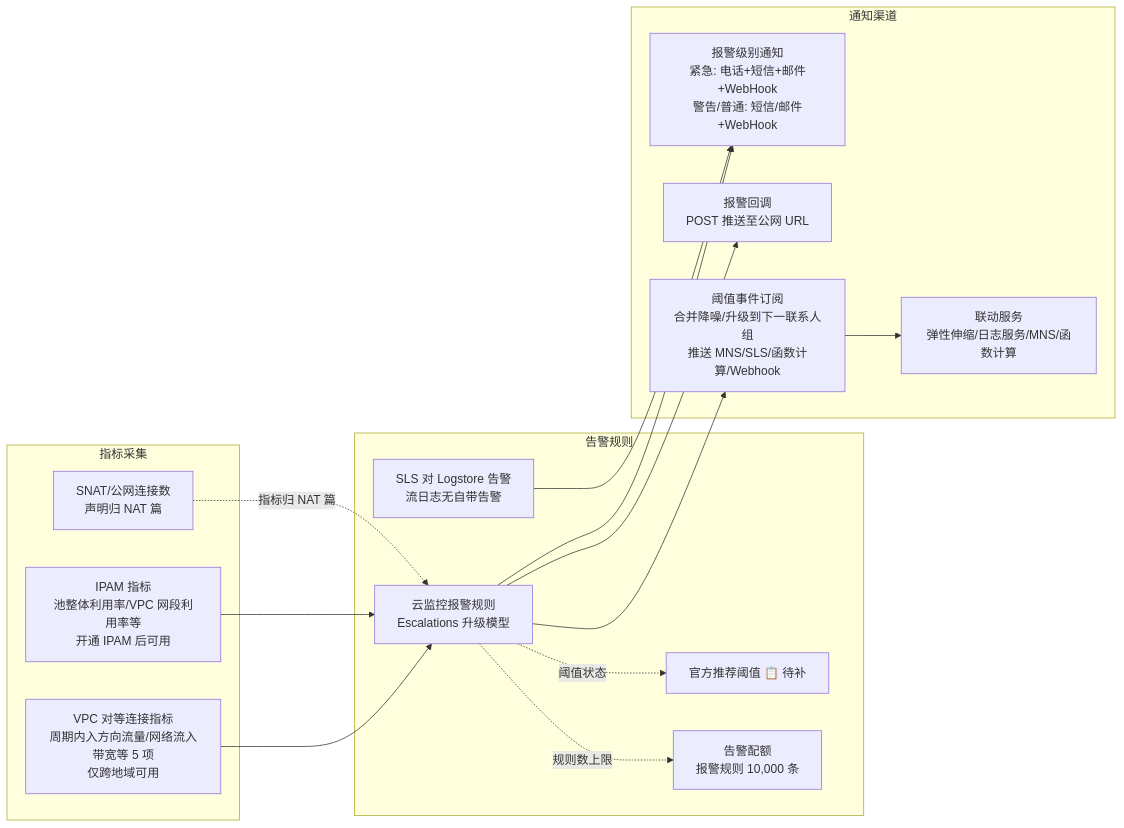
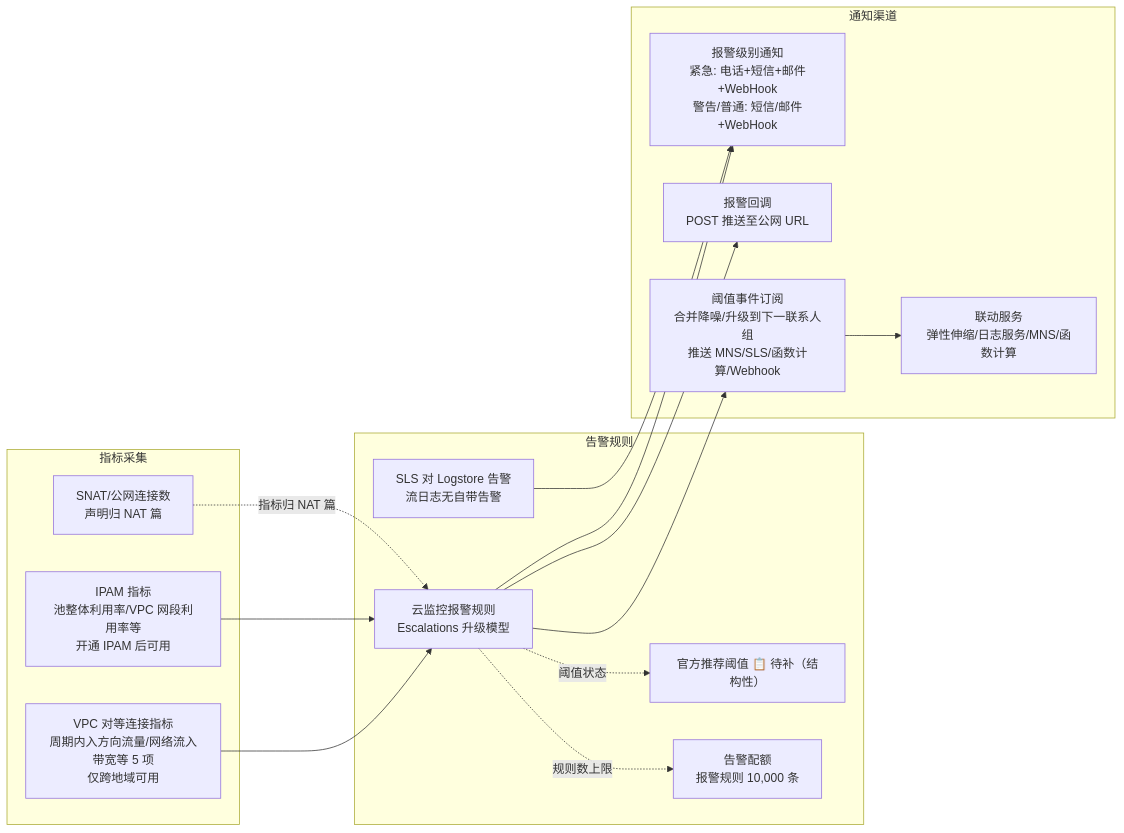
One commit to kudig-io/checky changed the diagram in products/vpc/09-监控与告警.md. Above: the diagram before and after it, drawn with Mermaid. The commit also changed other lines of this file and 103 other files, not shown here.

````diff
--- a/products/vpc/09-监控与告警.md
+++ b/products/vpc/09-监控与告警.md
@@ -7,30 +7,30 @@
 ```mermaid
 flowchart LR
   subgraph G1[指标采集]
     A1[VPC 对等连接指标<br/>周期内入方向流量/网络流入带宽等 5 项<br/>仅跨地域可用]
     A2[IPAM 指标<br/>池整体利用率/VPC 网段利用率等<br/>开通 IPAM 后可用]
     A3[SNAT/公网连接数<br/>声明归 NAT 篇]
   end
   subgraph G2[告警规则]
     B1[云监控报警规则<br/>Escalations 升级模型]
-    B2[官方推荐阈值 📋 待补]
+    B2[官方推荐阈值 📋 待补（结构性）]
     B3[SLS 对 Logstore 告警<br/>流日志无自带告警]
     B4[告警配额<br/>报警规则 10,000 条]
   end
   subgraph G3[通知渠道]
     C1[报警级别通知<br/>紧急: 电话+短信+邮件+WebHook<br/>警告/普通: 短信/邮件+WebHook]
     C2[报警回调<br/>POST 推送至公网 URL]
     C3[阈值事件订阅<br/>合并降噪/升级到下一联系人组<br/>推送 MNS/SLS/函数计算/Webhook]
     C4[联动服务<br/>弹性伸缩/日志服务/MNS/函数计算]
   end
   A1 --> B1
   A2 --> B1
   A3 -. 指标归 NAT 篇 .-> B1
   B1 -. 阈值状态 .-> B2
   B1 -. 规则数上限 .-> B4
   B1 --> C1
   B1 --> C2
   B1 --> C3
   B3 --> C1
   C3 --> C4
 ```
````
